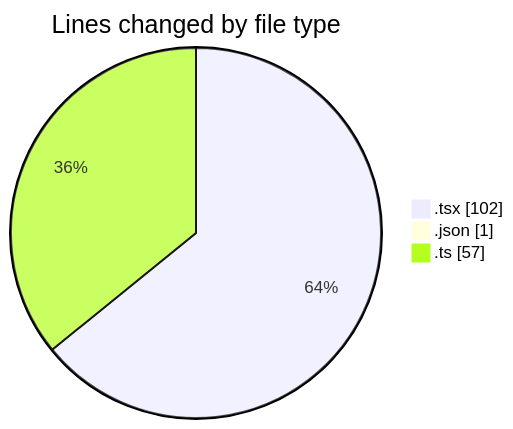
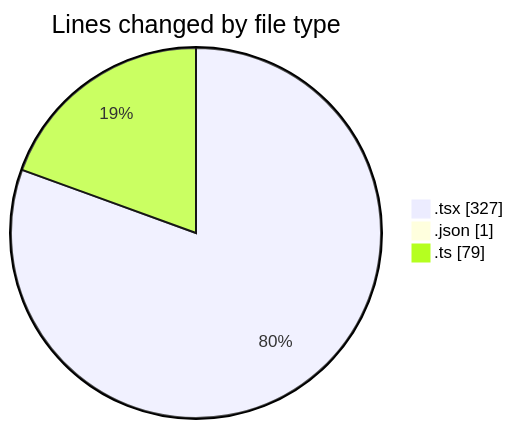
One commit to robertbonfada/code-tracking changed the first of 2 diagrams in 2025-01-21/mbc-web/README.md. Above: the diagram before and after it, drawn with Mermaid. The commit also changed other lines of this file and 2 other files, not shown here.

````diff
--- a/2025-01-21/mbc-web/README.md
+++ b/2025-01-21/mbc-web/README.md
@@ -28,7 +31,7 @@
 ```mermaid
 pie showData
 title Lines changed by file type
-".tsx" : 102
+".tsx" : 327
 ".json" : 1
-".ts" : 57
+".ts" : 79
 ```
````
